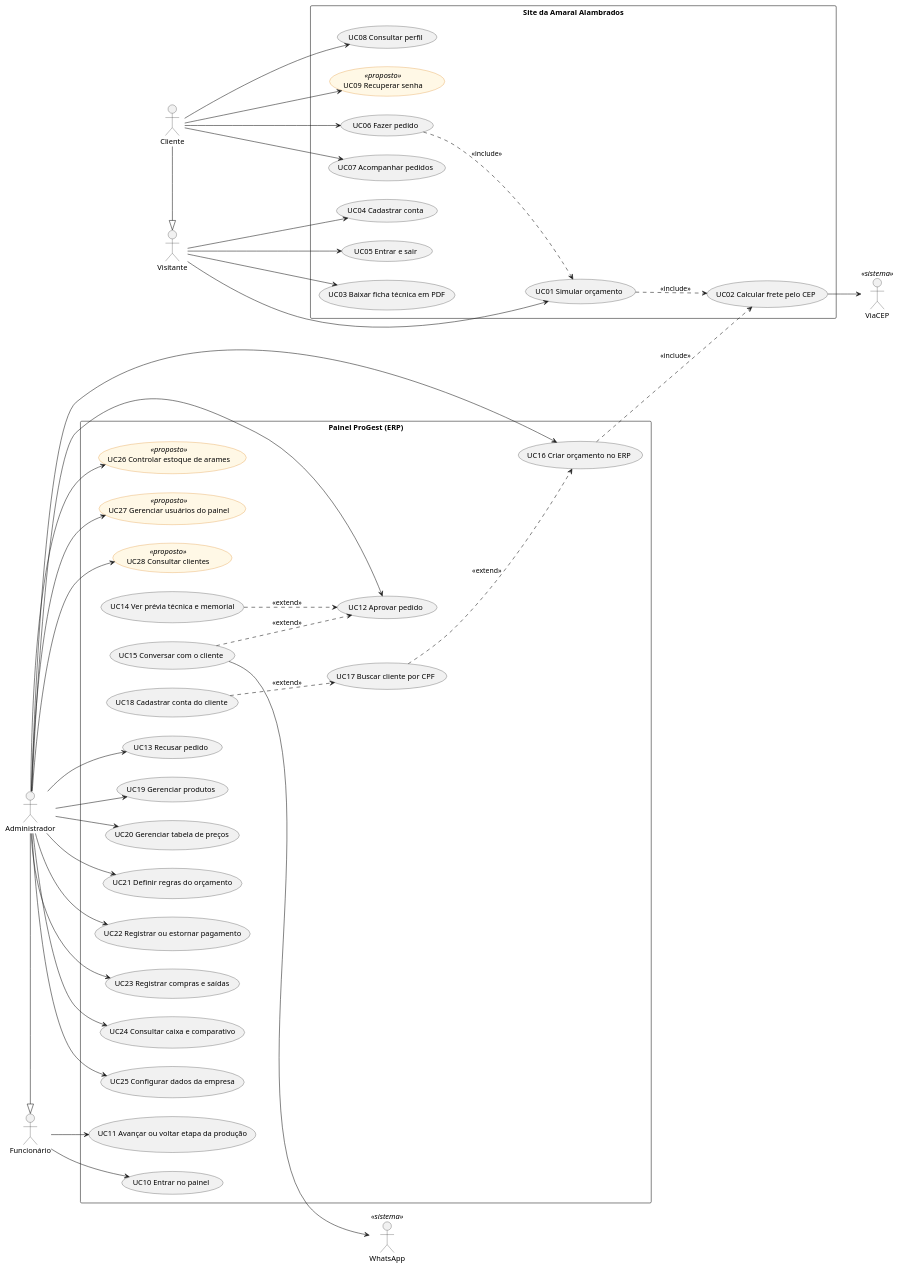
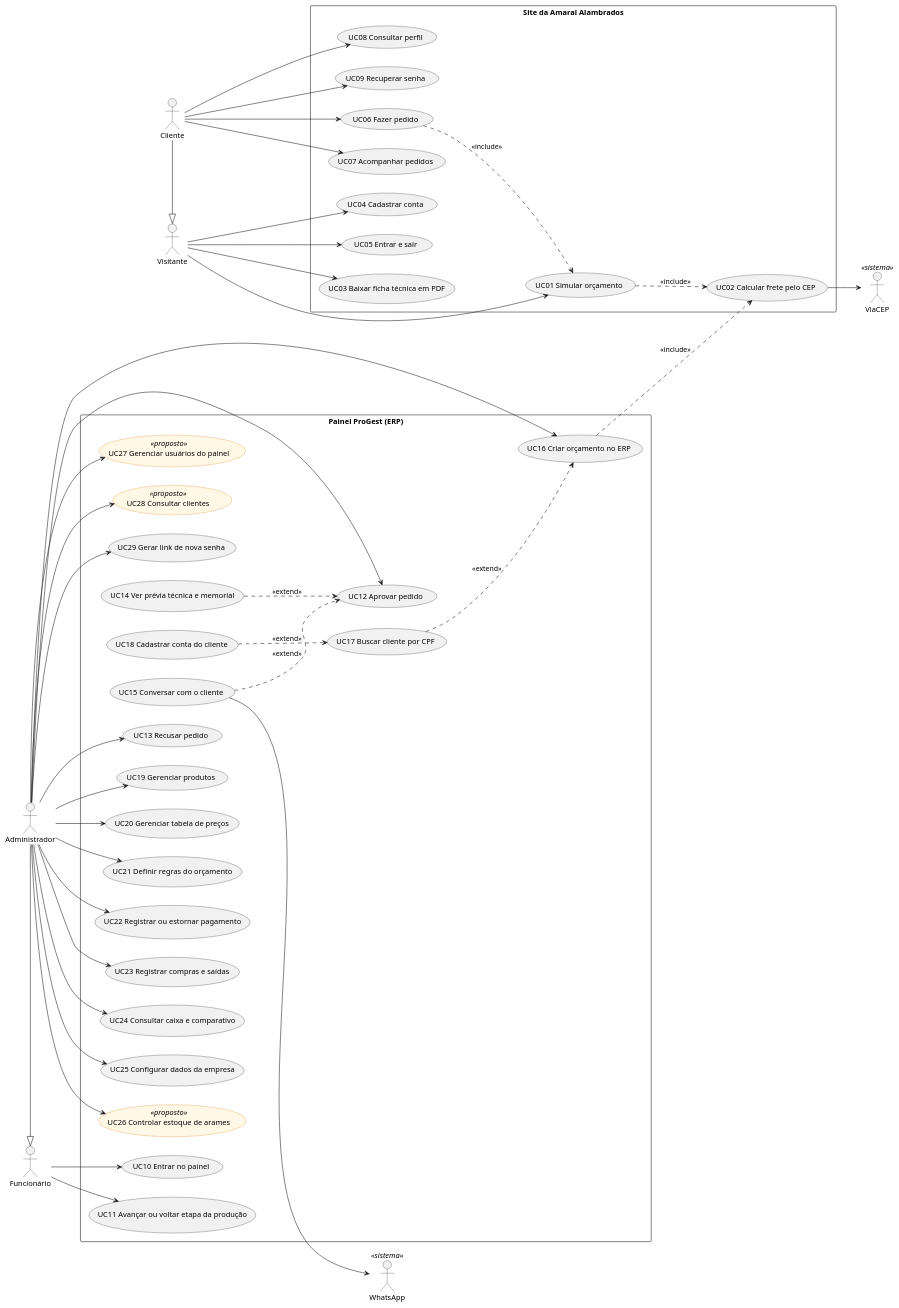
Before and after one commit to dannnpereira/ProGest: the diagram in docs/diagramas/casos-de-uso.puml, drawn with PlantUML. The commit also changed 47 other files, not shown here.

```diff
--- a/docs/diagramas/casos-de-uso.puml
+++ b/docs/diagramas/casos-de-uso.puml
@@ -1,88 +1,90 @@
 @startuml casos-de-uso-progest
 left to right direction
 skinparam packageStyle rectangle
 skinparam usecase {
   BackgroundColor<<proposto>> #FFF8E6
   BorderColor<<proposto>> #D97706
 }
 
 actor Visitante
 actor Cliente
 actor "Funcionário" as Funcionario
 actor Administrador
 actor "ViaCEP" as ViaCEP <<sistema>>
 actor "WhatsApp" as WhatsApp <<sistema>>
 
 Cliente -|> Visitante
 Administrador -|> Funcionario
 
 rectangle "Site da Amaral Alambrados" {
   usecase "UC01 Simular orçamento" as UC01
   usecase "UC02 Calcular frete pelo CEP" as UC02
   usecase "UC03 Baixar ficha técnica em PDF" as UC03
   usecase "UC04 Cadastrar conta" as UC04
   usecase "UC05 Entrar e sair" as UC05
   usecase "UC06 Fazer pedido" as UC06
   usecase "UC07 Acompanhar pedidos" as UC07
   usecase "UC08 Consultar perfil" as UC08
-  usecase "UC09 Recuperar senha" as UC09 <<proposto>>
+  usecase "UC09 Recuperar senha" as UC09
 }
 
 rectangle "Painel ProGest (ERP)" {
   usecase "UC10 Entrar no painel" as UC10
   usecase "UC11 Avançar ou voltar etapa da produção" as UC11
   usecase "UC12 Aprovar pedido" as UC12
   usecase "UC13 Recusar pedido" as UC13
   usecase "UC14 Ver prévia técnica e memorial" as UC14
   usecase "UC15 Conversar com o cliente" as UC15
   usecase "UC16 Criar orçamento no ERP" as UC16
   usecase "UC17 Buscar cliente por CPF" as UC17
   usecase "UC18 Cadastrar conta do cliente" as UC18
   usecase "UC19 Gerenciar produtos" as UC19
   usecase "UC20 Gerenciar tabela de preços" as UC20
   usecase "UC21 Definir regras do orçamento" as UC21
   usecase "UC22 Registrar ou estornar pagamento" as UC22
   usecase "UC23 Registrar compras e saídas" as UC23
   usecase "UC24 Consultar caixa e comparativo" as UC24
   usecase "UC25 Configurar dados da empresa" as UC25
   usecase "UC26 Controlar estoque de arames" as UC26 <<proposto>>
   usecase "UC27 Gerenciar usuários do painel" as UC27 <<proposto>>
   usecase "UC28 Consultar clientes" as UC28 <<proposto>>
+  usecase "UC29 Gerar link de nova senha" as UC29
 }
 
 Visitante --> UC01
 Visitante --> UC03
 Visitante --> UC04
 Visitante --> UC05
 Cliente --> UC06
 Cliente --> UC07
 Cliente --> UC08
 Cliente --> UC09
 
 Funcionario --> UC10
 Funcionario --> UC11
 Administrador --> UC12
 Administrador --> UC13
 Administrador --> UC16
 Administrador --> UC19
 Administrador --> UC20
 Administrador --> UC21
 Administrador --> UC22
 Administrador --> UC23
 Administrador --> UC24
 Administrador --> UC25
 Administrador --> UC26
 Administrador --> UC27
 Administrador --> UC28
+Administrador --> UC29
 
 UC01 ..> UC02 : <<include>>
 UC06 ..> UC01 : <<include>>
 UC16 ..> UC02 : <<include>>
 UC17 ..> UC16 : <<extend>>
 UC18 ..> UC17 : <<extend>>
 UC14 ..> UC12 : <<extend>>
 UC15 ..> UC12 : <<extend>>
 
 UC02 --> ViaCEP
 UC15 --> WhatsApp
 @enduml
```
